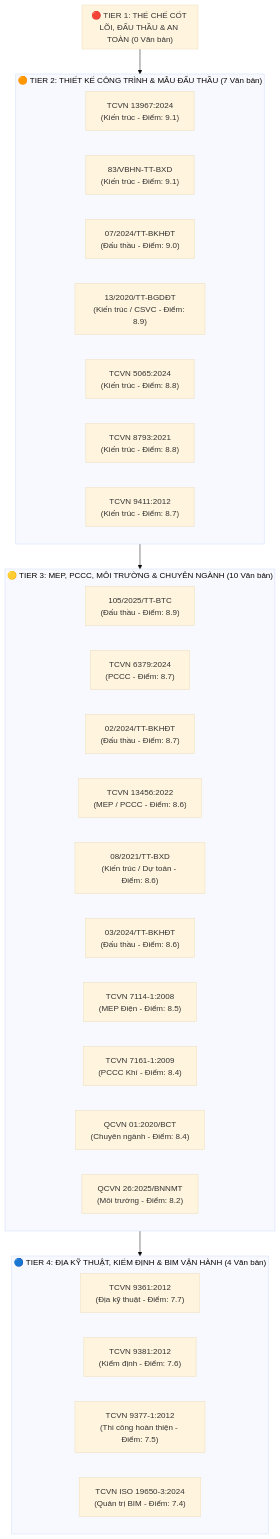
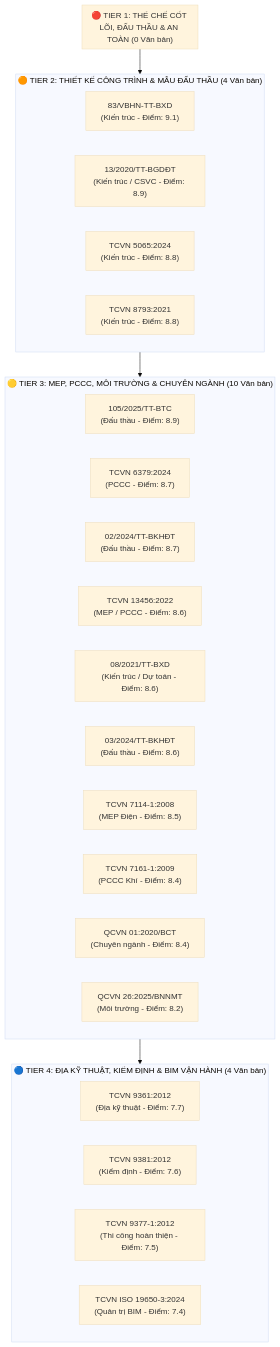
The diagram in .md/knowledge/expansion_roadmap.md (vvChu/ccba-legal-knowledge), drawn with Mermaid (base theme) before and after one commit. The commit also changed other lines of this file and 158 other files, not shown here.

````diff
--- a/.md/knowledge/expansion_roadmap.md
+++ b/.md/knowledge/expansion_roadmap.md
@@ -23,39 +23,36 @@
 ```mermaid
 graph TD
     subgraph T1["🔴 TIER 1: THỂ CHẾ CỐT LÕI, ĐẤU THẦU & AN TOÀN (0 Văn bản)"]
     end
 
-    subgraph T2["🟠 TIER 2: THIẾT KẾ CÔNG TRÌNH & MẪU ĐẤU THẦU (7 Văn bản)"]
-        T2_1["TCVN 13967:2024<br/>(Kiến trúc - Điểm: 9.1)"]
-        T2_2["83/VBHN-TT-BXD<br/>(Kiến trúc - Điểm: 9.1)"]
-        T2_3["07/2024/TT-BKHĐT<br/>(Đấu thầu - Điểm: 9.0)"]
-        T2_4["13/2020/TT-BGDĐT<br/>(Kiến trúc / CSVC - Điểm: 8.9)"]
-        T2_5["TCVN 5065:2024<br/>(Kiến trúc - Điểm: 8.8)"]
-        T2_6["TCVN 8793:2021<br/>(Kiến trúc - Điểm: 8.8)"]
-        T2_7["TCVN 9411:2012<br/>(Kiến trúc - Điểm: 8.7)"]
+    subgraph T2["🟠 TIER 2: THIẾT KẾ CÔNG TRÌNH & MẪU ĐẤU THẦU (4 Văn bản)"]
+        T2_1["83/VBHN-TT-BXD<br/>(Kiến trúc - Điểm: 9.1)"]
+        T2_2["13/2020/TT-BGDĐT<br/>(Kiến trúc / CSVC - Điểm: 8.9)"]
+        T2_3["TCVN 5065:2024<br/>(Kiến trúc - Điểm: 8.8)"]
+        T2_4["TCVN 8793:2021<br/>(Kiến trúc - Điểm: 8.8)"]
     end
 
     subgraph T3["🟡 TIER 3: MEP, PCCC, MÔI TRƯỜNG & CHUYÊN NGÀNH (10 Văn bản)"]
         T3_1["105/2025/TT-BTC<br/>(Đấu thầu - Điểm: 8.9)"]
         T3_2["TCVN 6379:2024<br/>(PCCC - Điểm: 8.7)"]
         T3_3["02/2024/TT-BKHĐT<br/>(Đấu thầu - Điểm: 8.7)"]
         T3_4["TCVN 13456:2022<br/>(MEP / PCCC - Điểm: 8.6)"]
         T3_5["08/2021/TT-BXD<br/>(Kiến trúc / Dự toán - Điểm: 8.6)"]
         T3_6["03/2024/TT-BKHĐT<br/>(Đấu thầu - Điểm: 8.6)"]
         T3_7["TCVN 7114-1:2008<br/>(MEP Điện - Điểm: 8.5)"]
         T3_8["TCVN 7161-1:2009<br/>(PCCC Khí - Điểm: 8.4)"]
         T3_9["QCVN 01:2020/BCT<br/>(Chuyên ngành - Điểm: 8.4)"]
         T3_10["QCVN 26:2025/BNNMT<br/>(Môi trường - Điểm: 8.2)"]
     end
 
     subgraph T4["🔵 TIER 4: ĐỊA KỸ THUẬT, KIỂM ĐỊNH & BIM VẬN HÀNH (4 Văn bản)"]
         T4_1["TCVN 9361:2012<br/>(Địa kỹ thuật - Điểm: 7.7)"]
         T4_2["TCVN 9381:2012<br/>(Kiểm định - Điểm: 7.6)"]
         T4_3["TCVN 9377-1:2012<br/>(Thi công hoàn thiện - Điểm: 7.5)"]
         T4_4["TCVN ISO 19650-3:2024<br/>(Quản trị BIM - Điểm: 7.4)"]
     end
 
     T1 --> T2
     T2 --> T3
     T3 --> T4
 ```
````
